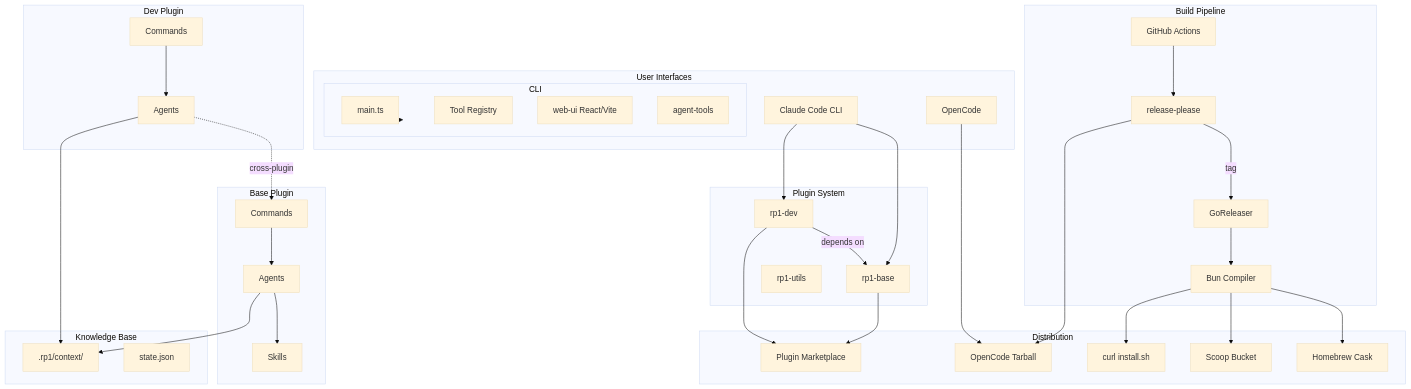
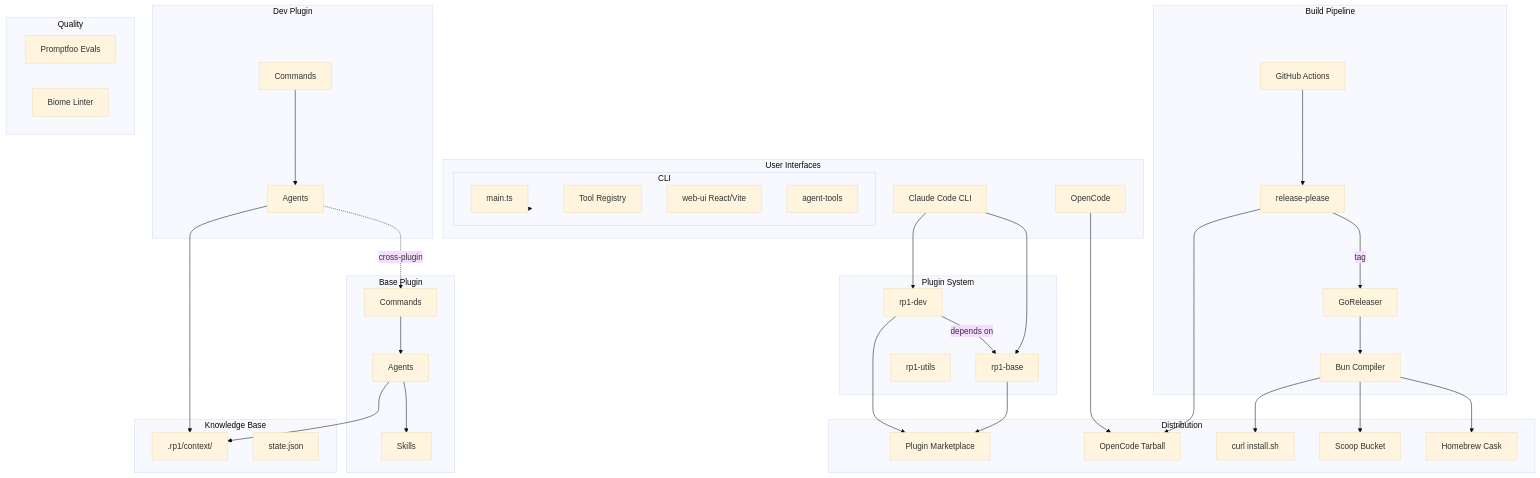
The first of 5 diagrams in .rp1/context/architecture.md (rp1-run/rp1), drawn with Mermaid (base theme) before and after one commit. The commit also changed other lines of this file and 5 other files, not shown here.

````diff
--- a/.rp1/context/architecture.md
+++ b/.rp1/context/architecture.md
@@ -9,75 +9,80 @@
 ```mermaid
 graph TB
     subgraph "User Interfaces"
         CC[Claude Code CLI]
         OC[OpenCode]
         CLI[rp1 CLI]
     end
 
     subgraph "Plugin System"
         Base[rp1-base]
         Dev[rp1-dev]
         Utils[rp1-utils]
         Dev -->|depends on| Base
     end
 
     subgraph "Base Plugin"
         BaseCmd[Commands]
         BaseAgents[Agents]
         Skills[Skills]
         BaseCmd --> BaseAgents
         BaseAgents --> Skills
     end
 
     subgraph "Dev Plugin"
         DevCmd[Commands]
         DevAgents[Agents]
         DevCmd --> DevAgents
         DevAgents -.->|cross-plugin| BaseCmd
     end
 
     subgraph "CLI"
         CLIMain[main.ts]
         ToolRegistry[Tool Registry]
         WebUI[web-ui React/Vite]
         AgentTools[agent-tools]
     end
 
     subgraph "Knowledge Base"
         KB[.rp1/context/]
         State[state.json]
     end
 
     subgraph "Build Pipeline"
         GHActions[GitHub Actions]
         RP[release-please]
         GR[GoReleaser]
         Bun[Bun Compiler]
         GHActions --> RP
         RP -->|tag| GR
         GR --> Bun
     end
 
     subgraph "Distribution"
         Marketplace[Plugin Marketplace]
         Tarball[OpenCode Tarball]
         Homebrew[Homebrew Cask]
         Scoop[Scoop Bucket]
         Curl[curl install.sh]
     end
 
+    subgraph "Quality"
+        Evals[Promptfoo Evals]
+        Biome[Biome Linter]
+    end
+
     CC --> Base
     CC --> Dev
     OC --> Tarball
     CLI --> CLIMain
 
     BaseAgents --> KB
     DevAgents --> KB
 
     Bun --> Homebrew
     Bun --> Scoop
     Bun --> Curl
     Base --> Marketplace
     Dev --> Marketplace
     RP --> Tarball
 ```
````
